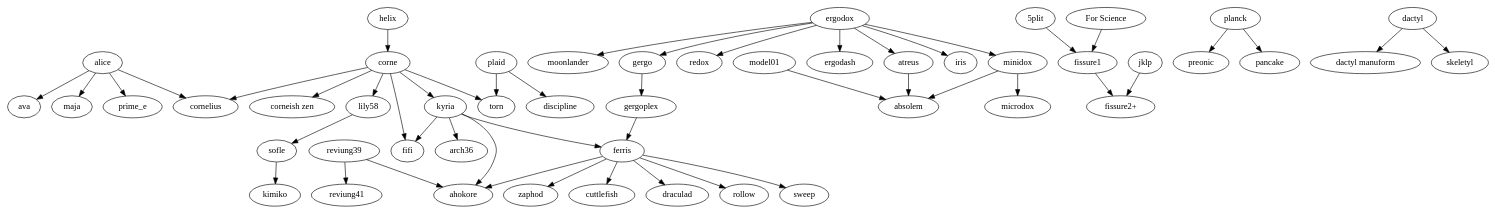
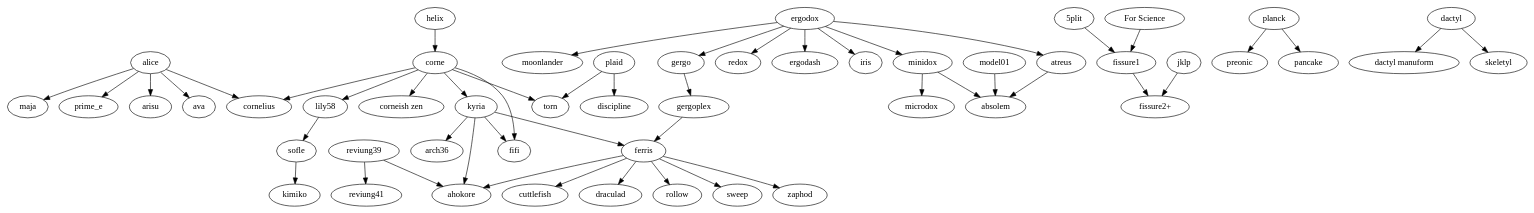
The diagram in tree.gv (petejohanson/mk-family-tree), drawn with Graphviz before and after one commit.

Commit message:
Add Arisu.

```diff
--- a/tree.gv
+++ b/tree.gv
@@ -1,98 +1,99 @@
 digraph T {
   subgraph splits {
     helix -> corne;
 
     corne -> {
       "corneish zen";
       cornelius;
       fifi;
       kyria;
       lily58;
       torn;
     };
 
     lily58 -> sofle;
 
     kyria -> {
         ahokore;
         arch36;
         ferris;
         fifi;
     };
 
     ergodox -> {
       atreus;
       ergodash;
       gergo;
       iris;
       minidox;
       moonlander;
       redox;
     };
 
     gergo -> gergoplex;
     gergoplex -> ferris;
 
     ferris -> {
       ahokore;
       cuttlefish;
       draculad;
       rollow;
       sweep;
       zaphod;
     };
 
     minidox -> {
       absolem;
       microdox;
     };
 
     model01 -> {
       absolem;
     };
 
     sofle -> kimiko;
 
     "5plit" -> "fissure1";
     "For Science" -> "fissure1";
     fissure1 -> "fissure2+";
     jklp -> "fissure2+";
   }
 
   subgraph unibody {
     atreus -> {
       absolem;
     };
     reviung39 -> {
       ahokore;
       reviung41;
     };
   };
 
   subgraph ortholinear {
     plaid -> {
       discipline;
       torn;
     };
     planck -> {
       preonic;
       pancake;
     };
   }
 
   subgraph {
     dactyl -> {
       "dactyl manuform";
       skeletyl;
     }
   }
 
   subgraph alicefamily {
     alice -> {
+      arisu;
       ava;
       cornelius;
       maja;
       prime_e;
     }
   }
 }
```
